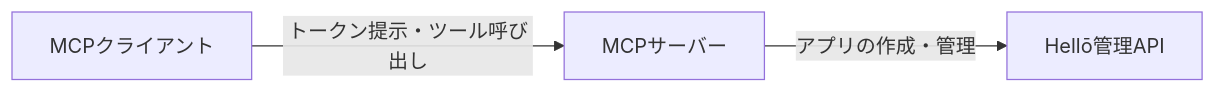
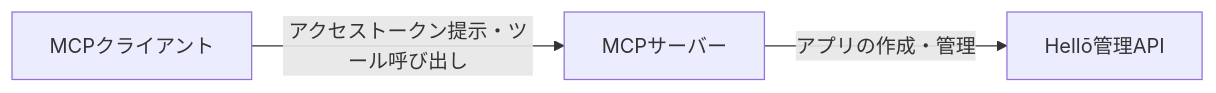
The first of 3 diagrams in docs/blog/draft.md (futabato/aauth-lab), drawn with Mermaid before and after one commit. The commit also changed other lines of this file and 1 other file, not shown here.

````diff
--- a/docs/blog/draft.md
+++ b/docs/blog/draft.md
@@ -53,8 +59,8 @@
 ```mermaid
 flowchart LR
     C["MCPクライアント"]
     S["MCPサーバー"]
     API["Hellō管理API"]
-    C -->|"トークン提示・ツール呼び出し"| S
+    C -->|"アクセストークン提示・ツール呼び出し"| S
     S -->|"アプリの作成・管理"| API
 ```
````
